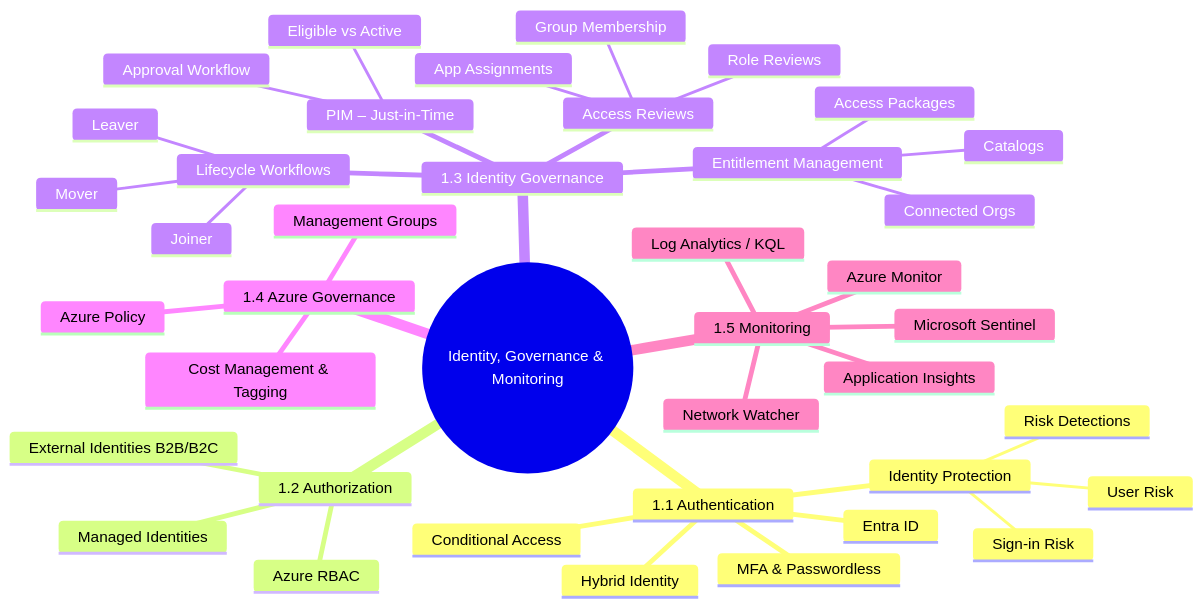
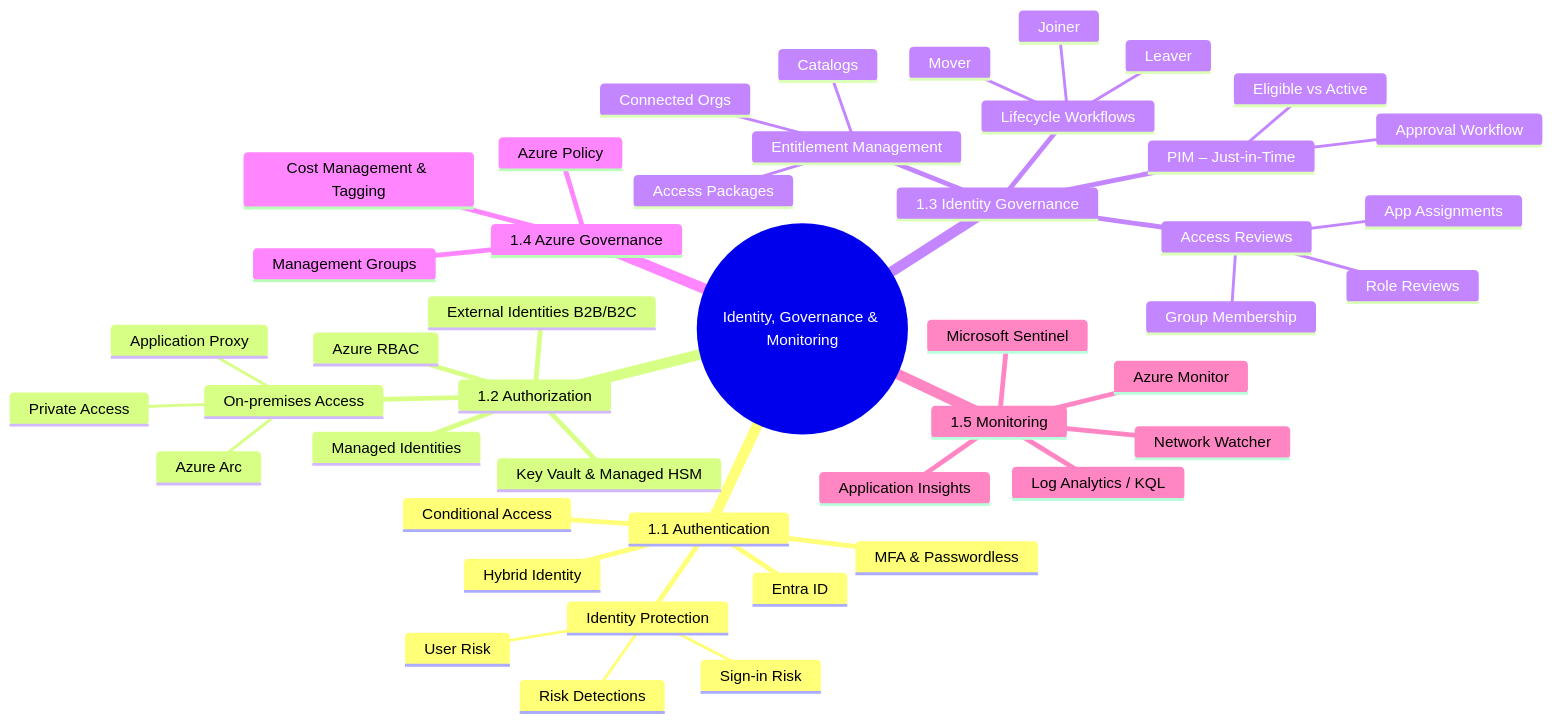
One commit to marcogrimaldi29/az-305-study-notes changed the first of 17 diagrams in 01-identity-governance-monitoring.md. Above: the diagram before and after it, drawn with Mermaid. The commit also changed other lines of this file and 4 other files, not shown here.

````diff
--- a/01-identity-governance-monitoring.md
+++ b/01-identity-governance-monitoring.md
@@ -18,43 +18,48 @@
 ```mermaid
 mindmap
   root((Identity, Governance & Monitoring))
     1.1 Authentication
       Entra ID
       Hybrid Identity
       MFA & Passwordless
       Conditional Access
       Identity Protection
         User Risk
         Sign-in Risk
         Risk Detections
     1.2 Authorization
       Azure RBAC
       Managed Identities
       External Identities B2B/B2C
+      Key Vault & Managed HSM
+      On-premises Access
+        Application Proxy
+        Private Access
+        Azure Arc
     1.3 Identity Governance
       PIM – Just-in-Time
         Eligible vs Active
         Approval Workflow
       Access Reviews
         Group Membership
         App Assignments
         Role Reviews
       Entitlement Management
         Catalogs
         Access Packages
         Connected Orgs
       Lifecycle Workflows
         Joiner
         Mover
         Leaver
     1.4 Azure Governance
       Management Groups
       Azure Policy
       Cost Management & Tagging
     1.5 Monitoring
       Azure Monitor
       Log Analytics / KQL
       Application Insights
       Microsoft Sentinel
       Network Watcher
 ```
````
